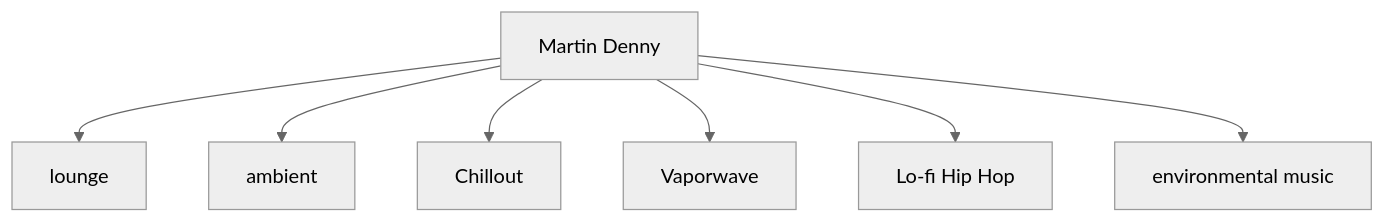
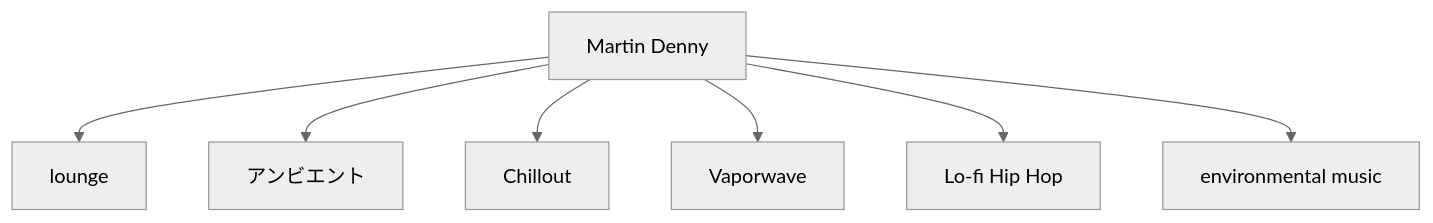
The sixth of 8 diagrams in en/_posts/2026-05-24-column-martin-denny.md (monumental-movement/monumental-movement.github.io), drawn with Mermaid (neutral theme) before and after one commit. The commit also changed other lines of this file and 2196 other files, not shown here.

```diff
--- a/en/_posts/2026-05-24-column-martin-denny.md
+++ b/en/_posts/2026-05-24-column-martin-denny.md
@@ -335,9 +335,9 @@
 <div class="mermaid">
 graph TD
 A[Martin Denny] --> B[lounge]
-A --> C[ambient]
+A --> C[アンビエント]
 A --> D[Chillout]
 A --> E[Vaporwave]
 A --> F[Lo-fi Hip Hop]
 A --> G[environmental music]
 </div>
```
